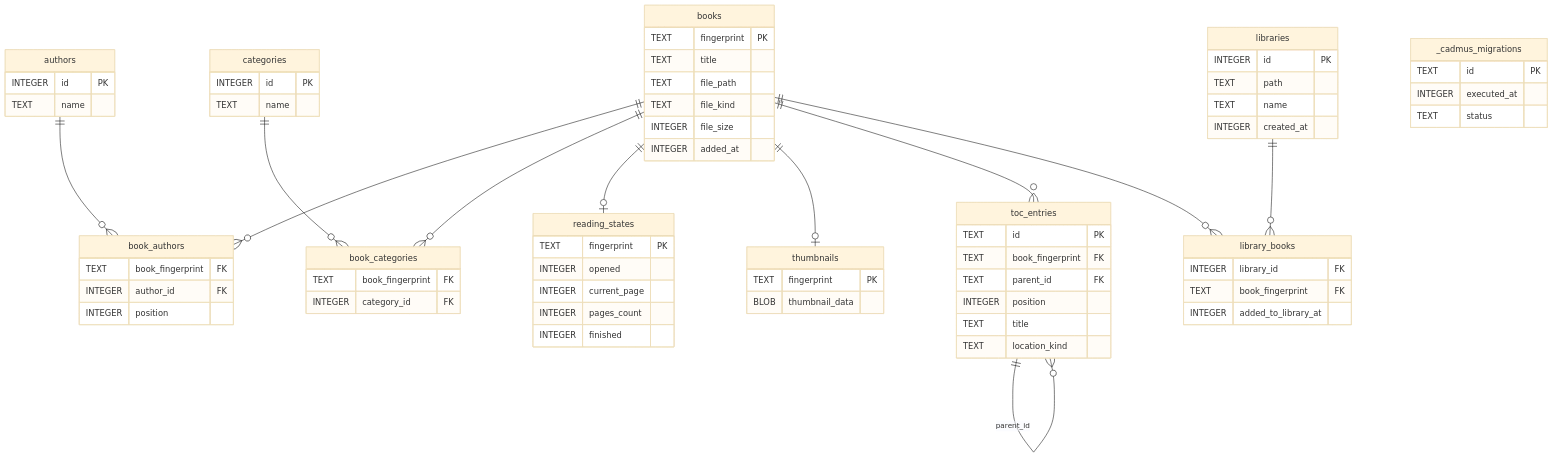
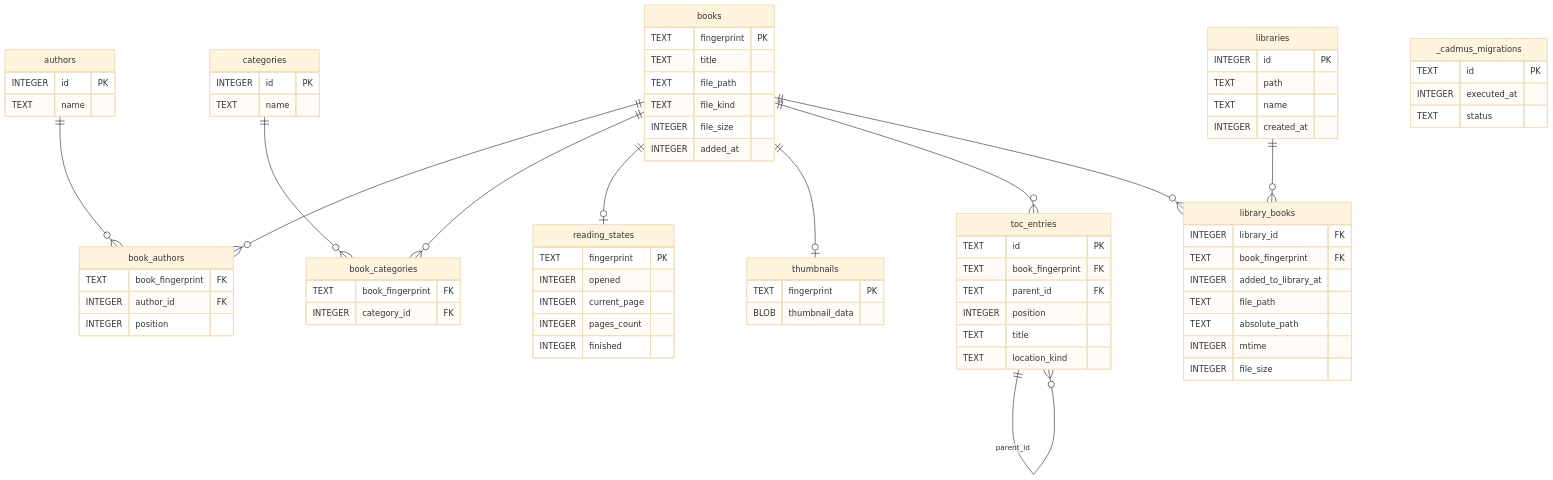
Before and after one commit to OGKevin/cadmus: the first of 3 diagrams in docs/src/contributing/library-database.md, drawn with Mermaid (base theme). The commit also changed other lines of this file, not shown here.

Commit message:
docs: document incremental library import using mtime and file_size

```diff
--- a/docs/src/contributing/library-database.md
+++ b/docs/src/contributing/library-database.md
@@ -75,6 +75,10 @@
         INTEGER library_id FK
         TEXT book_fingerprint FK
         INTEGER added_to_library_at
+        TEXT file_path
+        TEXT absolute_path
+        INTEGER mtime
+        INTEGER file_size
     }
 
     _cadmus_migrations {
```
